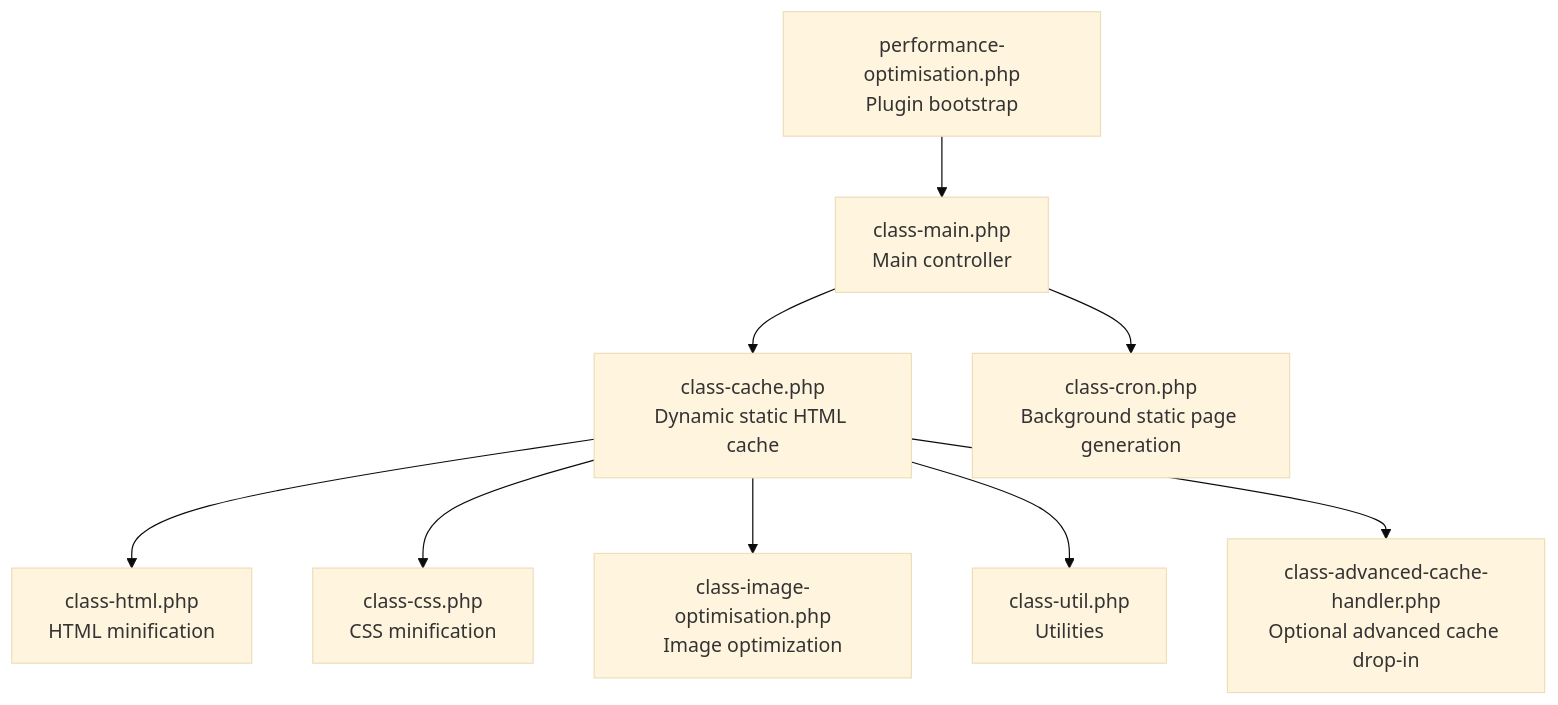
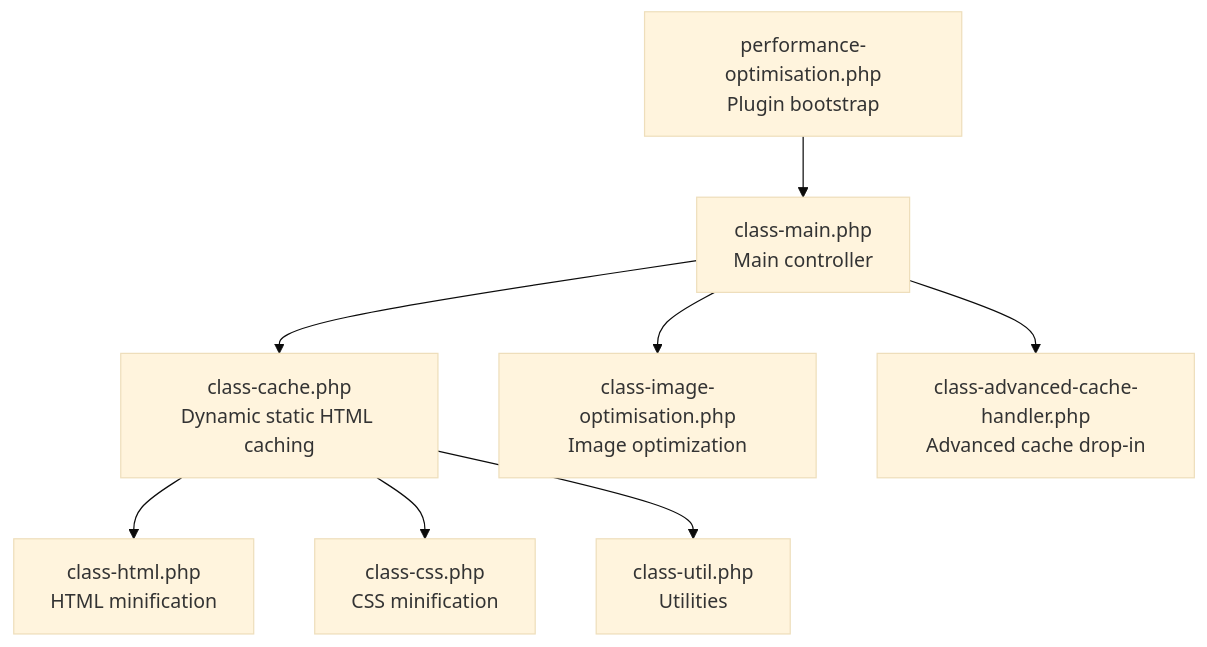
Before and after one commit to nilesh32236/performance-optimisation: the first of 5 diagrams in .qoder/repowiki/en/content/Caching System/Dynamic Static HTML Caching.md, drawn with Mermaid (base theme). The commit also changed other lines of this file and 46 other files, not shown here.

````diff
--- a/.qoder/repowiki/en/content/Caching System/Dynamic Static HTML Caching.md
+++ b/.qoder/repowiki/en/content/Caching System/Dynamic Static HTML Caching.md
@@ -40,11 +39,10 @@
 ```mermaid
 graph TB
 A["performance-optimisation.php<br/>Plugin bootstrap"] --> B["class-main.php<br/>Main controller"]
-B --> C["class-cache.php<br/>Dynamic static HTML cache"]
-C --> D["class-html.php<br/>HTML minification"]
-C --> E["class-css.php<br/>CSS minification"]
-C --> F["class-image-optimisation.php<br/>Image optimization"]
-B --> G["class-cron.php<br/>Background static page generation"]
-C --> H["class-util.php<br/>Utilities"]
-C --> I["class-advanced-cache-handler.php<br/>Optional advanced cache drop-in"]
+B --> C["class-cache.php<br/>Dynamic static HTML caching"]
+B --> D["class-image-optimisation.php<br/>Image optimization"]
+C --> E["class-html.php<br/>HTML minification"]
+C --> F["class-css.php<br/>CSS minification"]
+C --> G["class-util.php<br/>Utilities"]
+B --> H["class-advanced-cache-handler.php<br/>Advanced cache drop-in"]
 ```
````
